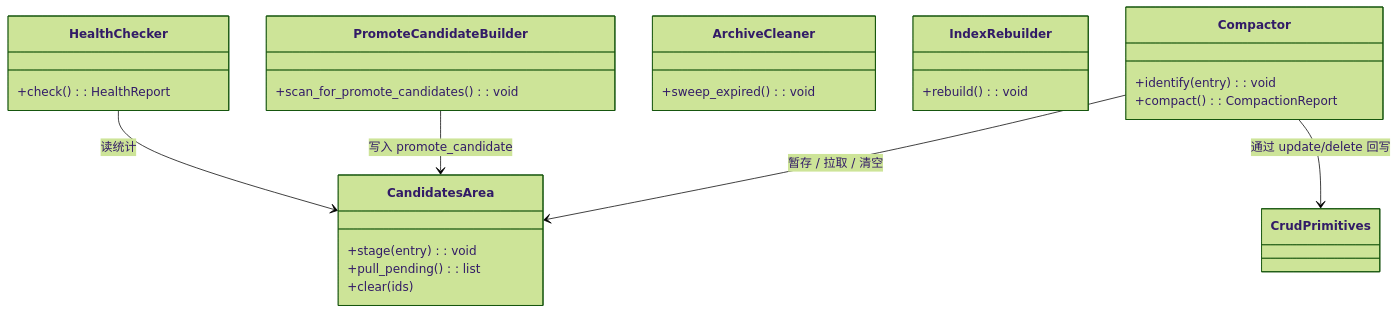
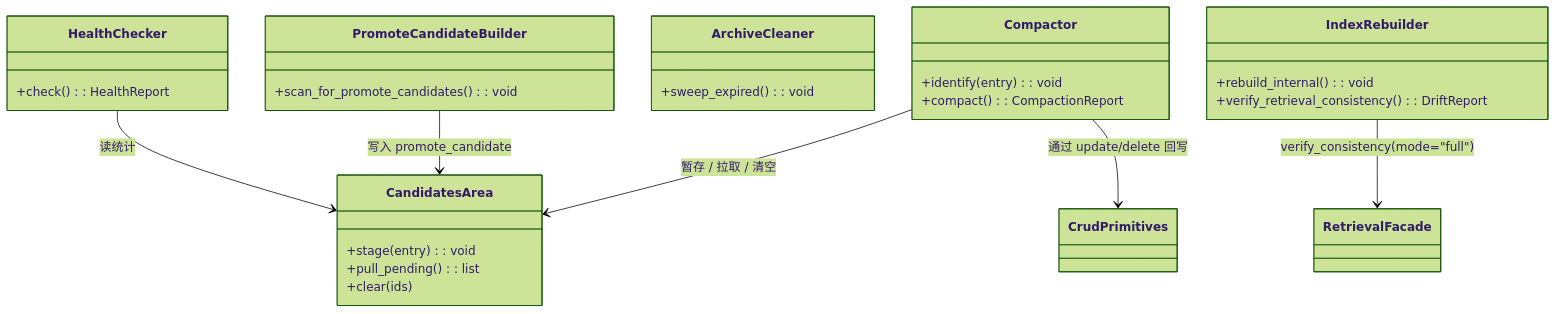
One commit to nan023062/agent-team-cc changed the diagram in v1/kernel/memory/compaction/.dna/module.md. Above: the diagram before and after it, drawn with Mermaid (forest theme). The commit also changed other lines of this file and 154 other files, not shown here.

````diff
--- a/v1/kernel/memory/compaction/.dna/module.md
+++ b/v1/kernel/memory/compaction/.dna/module.md
@@ -17,28 +22,30 @@
 ```mermaid
 classDiagram
     class Compactor {
         +identify(entry) : void
         +compact() : CompactionReport
     }
     class CandidatesArea {
         +stage(entry) : void
         +pull_pending() : list
         +clear(ids)
     }
     class PromoteCandidateBuilder {
         +scan_for_promote_candidates() : void
     }
     class ArchiveCleaner {
         +sweep_expired() : void
     }
     class IndexRebuilder {
-        +rebuild() : void
+        +rebuild_internal() : void
+        +verify_retrieval_consistency() : DriftReport
     }
     class HealthChecker {
         +check() : HealthReport
     }
     Compactor --> CandidatesArea : 暂存 / 拉取 / 清空
     Compactor --> CrudPrimitives : 通过 update/delete 回写
     PromoteCandidateBuilder --> CandidatesArea : 写入 promote_candidate
     HealthChecker --> CandidatesArea : 读统计
+    IndexRebuilder --> RetrievalFacade : verify_consistency(mode="full")
 ```
````
